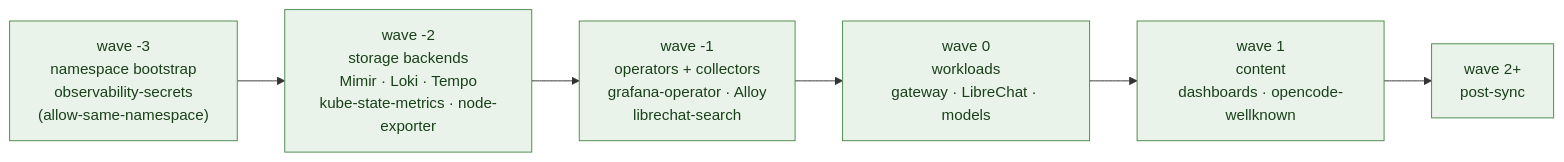
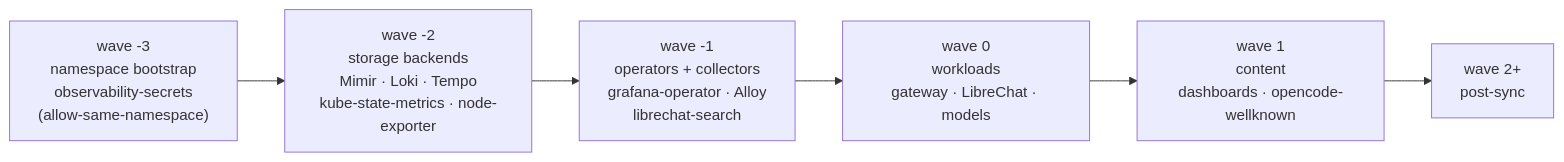
One commit to ADORSYS-GIS/ai-helm changed the fifth of 7 diagrams in docs/architecture/04-gitops-deployment.md. Above: the diagram before and after it, drawn with Mermaid. The commit also changed other lines of this file and 13 other files, not shown here.

First line of the commit message:
docs(architecture): uncolor all mermaid; refresh CD/components; add diagrams

````diff
--- a/docs/architecture/04-gitops-deployment.md
+++ b/docs/architecture/04-gitops-deployment.md
@@ -130,12 +121,11 @@
 ```mermaid
 flowchart LR
-    W3["wave -3<br/>namespace bootstrap<br/>observability-secrets<br/>(allow-same-namespace)"]:::w
-    W2["wave -2<br/>storage backends<br/>Mimir · Loki · Tempo<br/>kube-state-metrics · node-exporter"]:::w
-    W1["wave -1<br/>operators + collectors<br/>grafana-operator · Alloy<br/>librechat-search"]:::w
-    W0["wave 0<br/>workloads<br/>gateway · LibreChat · models"]:::w
-    WP1["wave 1<br/>content<br/>dashboards · opencode-wellknown"]:::w
-    WP2["wave 2+<br/>post-sync"]:::w
+    W3["wave -3<br/>namespace bootstrap<br/>observability-secrets<br/>(allow-same-namespace)"]
+    W2["wave -2<br/>storage backends<br/>Mimir · Loki · Tempo<br/>kube-state-metrics · node-exporter"]
+    W1["wave -1<br/>operators + collectors<br/>grafana-operator · Alloy<br/>librechat-search"]
+    W0["wave 0<br/>workloads<br/>gateway · LibreChat · models"]
+    WP1["wave 1<br/>content<br/>dashboards · opencode-wellknown"]
+    WP2["wave 2+<br/>post-sync"]
     W3 --> W2 --> W1 --> W0 --> WP1 --> WP2
 
-    classDef w fill:#eaf3ea,stroke:#4a8a4a,color:#1a401a;
 ```
````
